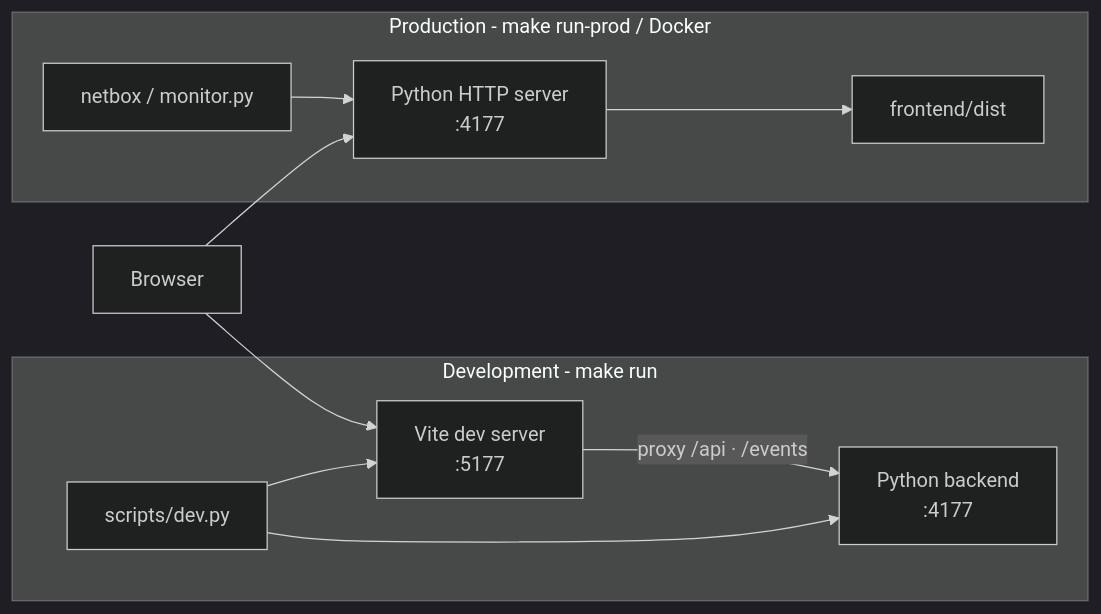
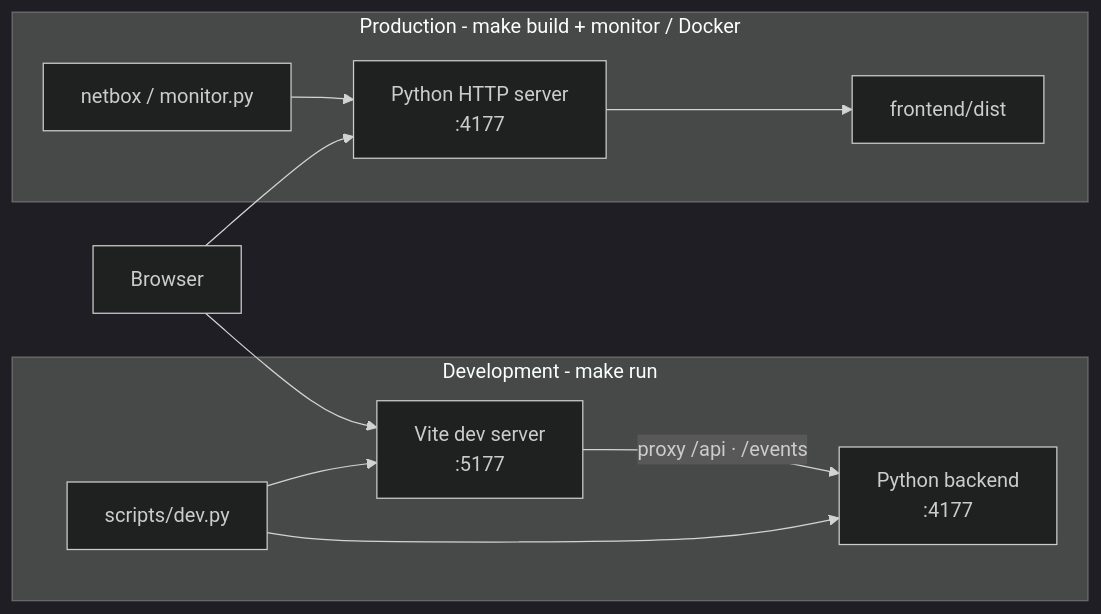
The third of 3 diagrams in docs/ARCHITECTURE.md (dabirideji/netbox), drawn with Mermaid (dark theme) before and after one commit. The commit also changed other lines of this file and 148 other files, not shown here.

````diff
--- a/docs/ARCHITECTURE.md
+++ b/docs/ARCHITECTURE.md
@@ -146,22 +146,22 @@
 ```mermaid
 flowchart LR
   subgraph Dev["Development - make run"]
     DevRunner["scripts/dev.py"]
     Vite["Vite dev server<br/>:5177"]
     BackendDev["Python backend<br/>:4177"]
     DevRunner --> Vite
     DevRunner --> BackendDev
     Vite -->|"proxy /api · /events"| BackendDev
   end
 
-  subgraph Prod["Production - make run-prod / Docker"]
+  subgraph Prod["Production - make build + monitor / Docker"]
     NetboxCLI["netbox / monitor.py"]
     ProdServer["Python HTTP server<br/>:4177"]
     Dist["frontend/dist"]
     NetboxCLI --> ProdServer
     ProdServer --> Dist
   end
 
   Browser["Browser"] --> Vite
   Browser --> ProdServer
 ```
````
